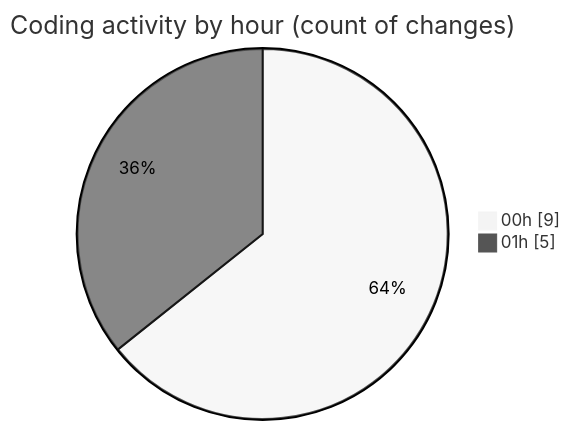
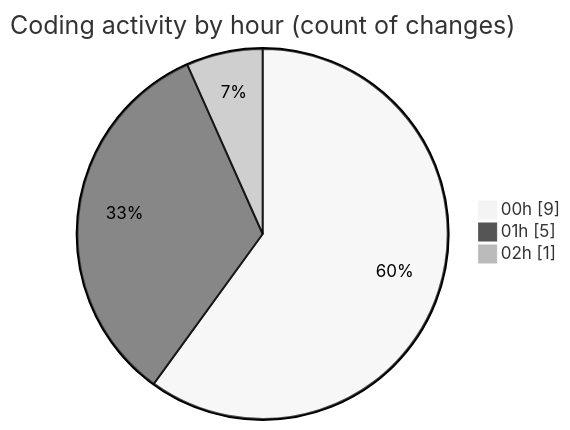
One commit to lephambinh05/code-tracking changed the second of 2 diagrams in 2025-08-05/studybuddy/README.md. Above: the diagram before and after it, drawn with Mermaid (neutral theme). The commit also changed other lines of this file and 1 other file, not shown here.

````diff
--- a/2025-08-05/studybuddy/README.md
+++ b/2025-08-05/studybuddy/README.md
@@ -30,6 +31,7 @@
 ```mermaid
 pie showData
 title Coding activity by hour (count of changes)
 "00h" : 9
 "01h" : 5
+"02h" : 1
 ```
````
